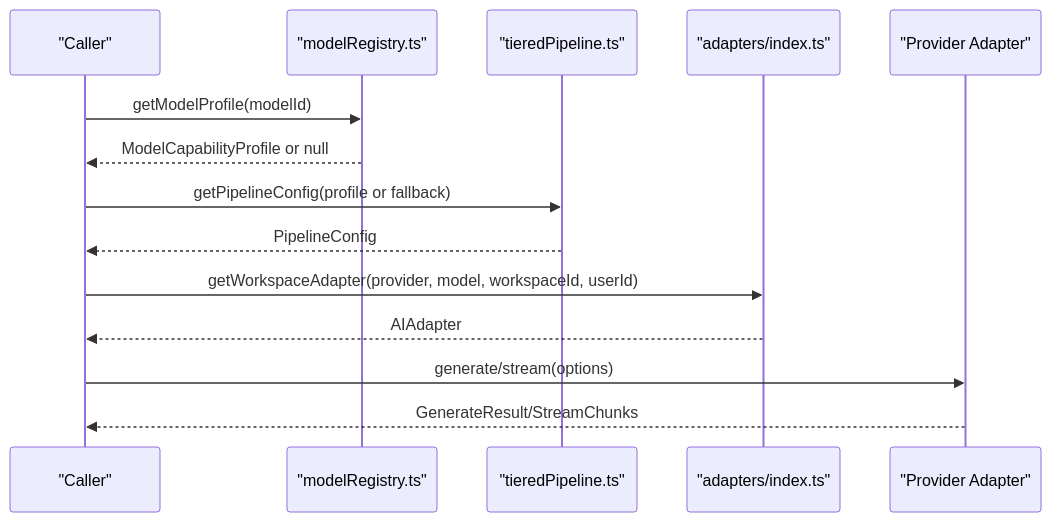
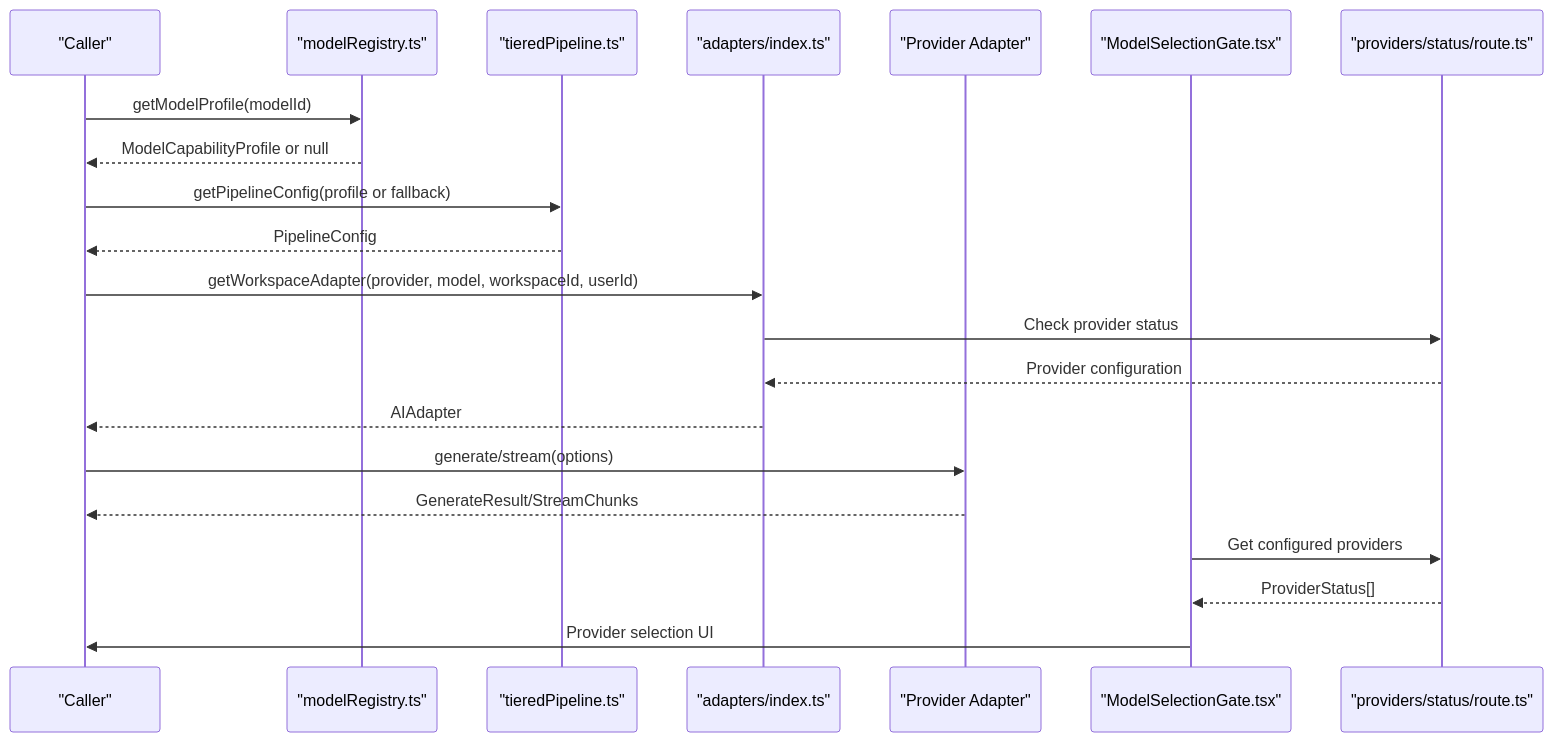
One commit to shekhargiri005-dotcom/AI-powered-accessibility-first-UI-engine changed the second of 9 diagrams in .qoder/repowiki/en/content/AI Generation Engine/Core Generation Pipeline/Model Resolution & Configuration.md. Above: the diagram before and after it, drawn with Mermaid. The commit also changed other lines of this file and 7 other files, not shown here.

````diff
--- a/.qoder/repowiki/en/content/AI Generation Engine/Core Generation Pipeline/Model Resolution & Configuration.md
+++ b/.qoder/repowiki/en/content/AI Generation Engine/Core Generation Pipeline/Model Resolution & Configuration.md
@@ -122,16 +161,23 @@
 ```mermaid
 sequenceDiagram
 participant Caller as "Caller"
 participant MR as "modelRegistry.ts"
 participant TP as "tieredPipeline.ts"
 participant IDX as "adapters/index.ts"
 participant AD as "Provider Adapter"
+participant MSG as "ModelSelectionGate.tsx"
+participant PS as "providers/status/route.ts"
 Caller->>MR : getModelProfile(modelId)
 MR-->>Caller : ModelCapabilityProfile or null
 Caller->>TP : getPipelineConfig(profile or fallback)
 TP-->>Caller : PipelineConfig
 Caller->>IDX : getWorkspaceAdapter(provider, model, workspaceId, userId)
+IDX->>PS : Check provider status
+PS-->>IDX : Provider configuration
 IDX-->>Caller : AIAdapter
 Caller->>AD : generate/stream(options)
 AD-->>Caller : GenerateResult/StreamChunks
+MSG->>PS : Get configured providers
+PS-->>MSG : ProviderStatus[]
+MSG->>Caller : Provider selection UI
 ```
````
